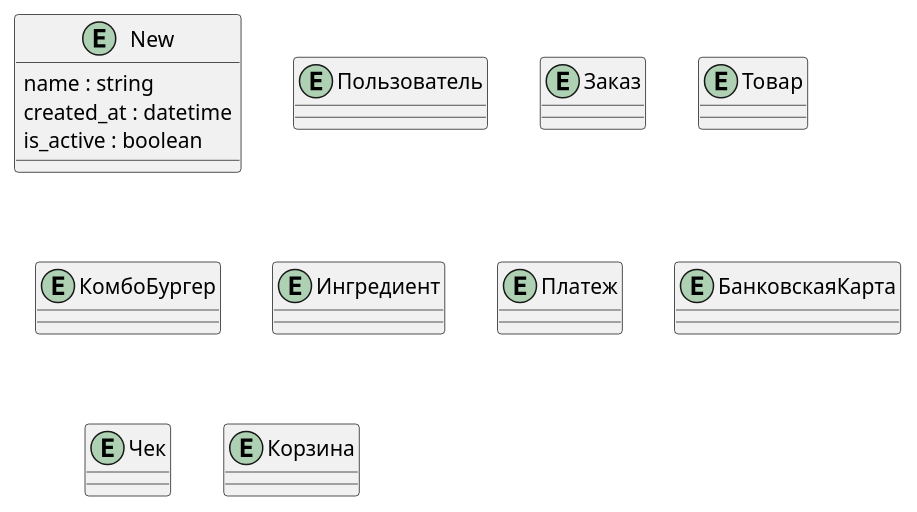
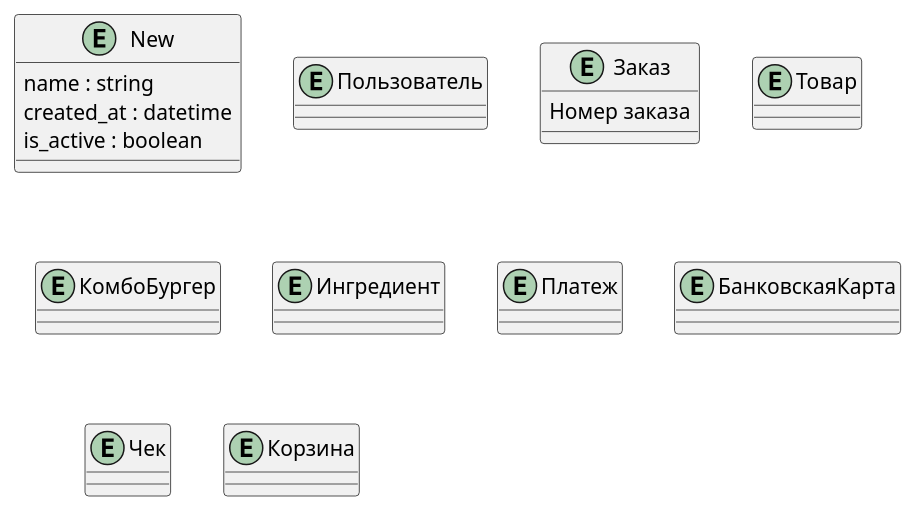
One commit to West1572/otus-practicum changed the diagram in data-models/models.puml. Above: the diagram before and after it, drawn with PlantUML.

Commit message:
Добавлен номер заказа (#15)

```diff
--- a/data-models/models.puml
+++ b/data-models/models.puml
@@ -1,39 +1,40 @@
 @startuml
 entity New {
   name : string
   created_at : datetime
   is_active : boolean
 }
 
 entity Пользователь {
 }
 
 entity Заказ {
+Номер заказа
 }
 
 entity Товар {
 }
 
 entity КомбоБургер {
 }
 
 entity Ингредиент {
 
 }
 
 
 entity Платеж {
 
 }
 
 entity БанковскаяКарта {
 
 }
 
 
 entity Чек {
 }
 
 entity Корзина {
 }
 @enduml
```
